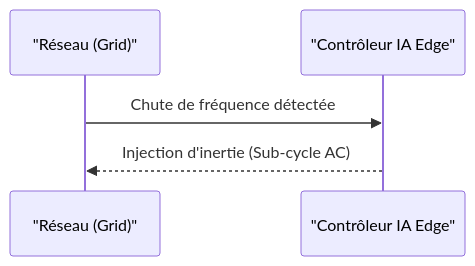
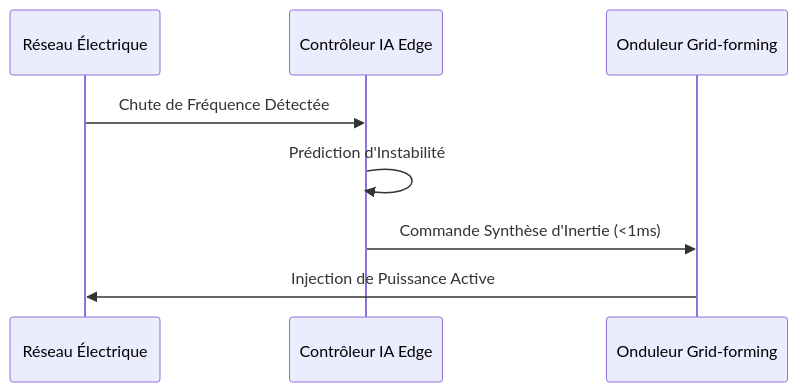
Before and after one commit to flouzzy/top-100-ai-startup-ideas: the second of 2 diagrams in archive/grid-inertia-synthesizer/README.fr.md, drawn with Mermaid. The commit also changed other lines of this file and 56 other files, not shown here.

````diff
--- a/archive/grid-inertia-synthesizer/README.fr.md
+++ b/archive/grid-inertia-synthesizer/README.fr.md
@@ -37,7 +38,10 @@
 ```mermaid
 sequenceDiagram
-    participant G as "Réseau (Grid)"
-    participant S as "Contrôleur IA Edge"
-    G->>S: Chute de fréquence détectée
-    S-->>G: Injection d'inertie (Sub-cycle AC)
+    participant Reseau as Réseau Électrique
+    participant Edge as Contrôleur IA Edge
+    participant Onduleur as Onduleur Grid-forming
+    Reseau->>Edge: Chute de Fréquence Détectée
+    Edge->>Edge: Prédiction d'Instabilité
+    Edge->>Onduleur: Commande Synthèse d'Inertie (<1ms)
+    Onduleur->>Reseau: Injection de Puissance Active
 ```
````
